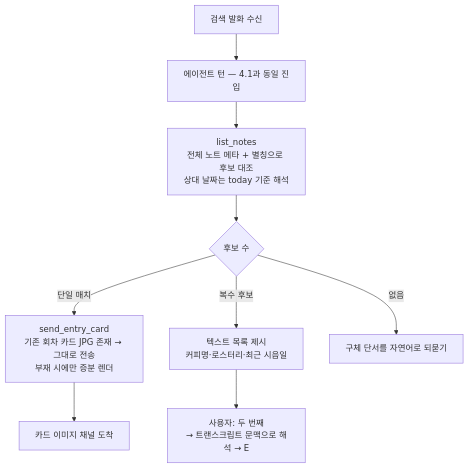
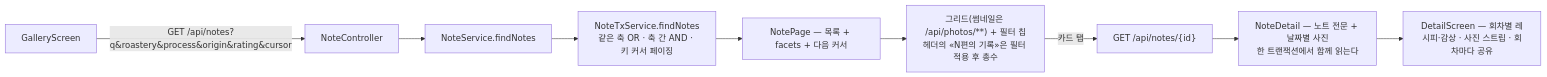
The fifth of 9 diagrams in docs/architecture-classes-and-flows.md (devwuu/mocha), drawn with Mermaid before and after one commit. The commit also changed other lines of this file and 1 other file, not shown here.

````diff
--- a/docs/architecture-classes-and-flows.md
+++ b/docs/architecture-classes-and-flows.md
@@ -472,11 +492,10 @@
 ```mermaid
-flowchart TB
-    A[검색 발화 수신] --> B[에이전트 턴 — 4.1과 동일 진입]
-    B --> C[list_notes<br/>전체 노트 메타 + 별칭으로 후보 대조<br/>상대 날짜는 today 기준 해석]
-    C --> D{후보 수}
-    D -->|단일 매치| E[send_entry_card<br/>기존 회차 카드 JPG 존재 → 그대로 전송<br/>부재 시에만 증분 렌더]
-    D -->|복수 후보| F[텍스트 목록 제시<br/>커피명·로스터리·최근 시음일]
-    F --> G["사용자: 두 번째<br/>→ 트랜스크립트 문맥으로 해석 → E"]
-    D -->|없음| H[구체 단서를 자연어로 되묻기]
-    E --> I[카드 이미지 채널 도착]
+flowchart LR
+    A[GalleryScreen] -->|"GET /api/notes?q&roastery&process&origin&rating&cursor"| B[NoteController]
+    B --> C[NoteService.findNotes] --> D[NoteTxService.findNotes<br/>같은 축 OR · 축 간 AND · 키 커서 페이징]
+    D --> E["NotePage — 목록 + facets + 다음 커서"]
+    E --> F["그리드(썸네일은 /api/photos/**) + 필터 칩<br/>헤더의 «N편의 기록»은 필터 적용 후 총수"]
+    F -->|카드 탭| G["GET /api/notes/{id}"]
+    G --> H[NoteDetail — 노트 전문 + 날짜별 사진<br/>한 트랜잭션에서 함께 읽는다]
+    H --> I[DetailScreen — 회차별 레시피·감상 · 사진 스트립 · 회차마다 공유]
 ```
````
